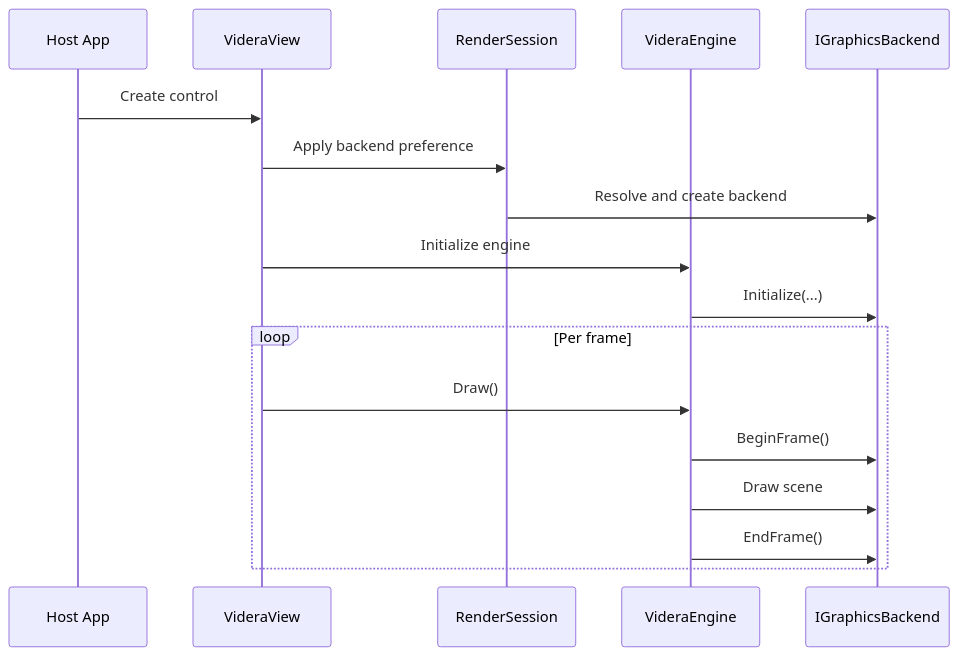
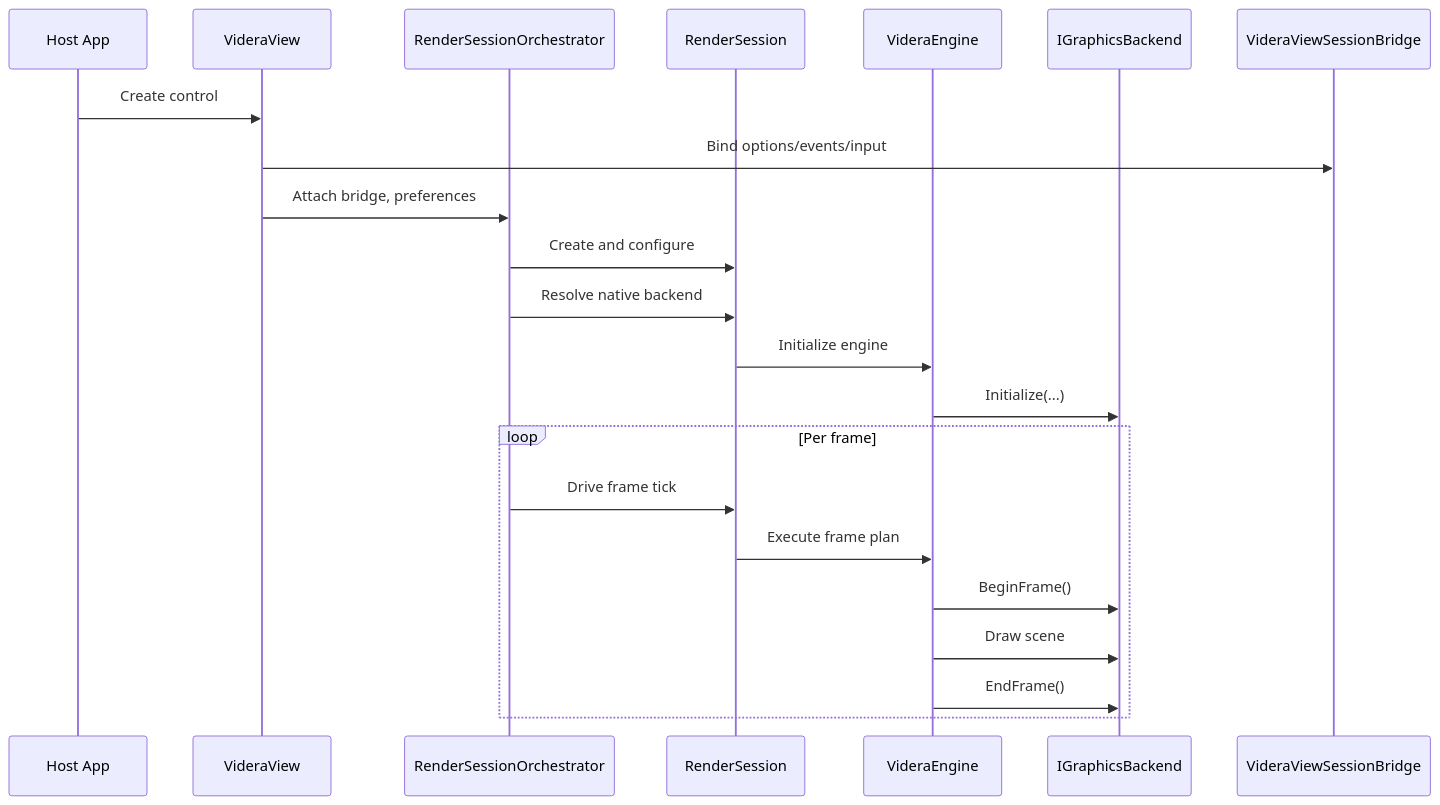
One commit to ExplodingUFO/Videra changed the second of 2 diagrams in ARCHITECTURE.md. Above: the diagram before and after it, drawn with Mermaid. The commit also changed other lines of this file and 12 other files, not shown here.

Commit message:
refactor(phase-10): decouple render orchestration from view shell

````diff
--- a/ARCHITECTURE.md
+++ b/ARCHITECTURE.md
@@ -109,21 +111,26 @@
 ```mermaid
 sequenceDiagram
     participant App as Host App
     participant View as VideraView
+    participant Orchestrator as RenderSessionOrchestrator
     participant Session as RenderSession
     participant Engine as VideraEngine
     participant Backend as IGraphicsBackend
+    participant Bridge as VideraViewSessionBridge
 
     App->>View: Create control
-    View->>Session: Apply backend preference
-    Session->>Backend: Resolve and create backend
-    View->>Engine: Initialize engine
+    View->>Bridge: Bind options/events/input
+    View->>Orchestrator: Attach bridge, preferences
+    Orchestrator->>Session: Create and configure
+    Orchestrator->>Session: Resolve native backend
+    Session->>Engine: Initialize engine
     Engine->>Backend: Initialize(...)
 
     loop Per frame
-        View->>Engine: Draw()
+        Orchestrator->>Session: Drive frame tick
+        Session->>Engine: Execute frame plan
         Engine->>Backend: BeginFrame()
         Engine->>Backend: Draw scene
         Engine->>Backend: EndFrame()
     end
 ```
````
